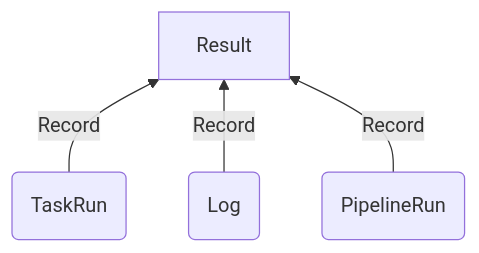
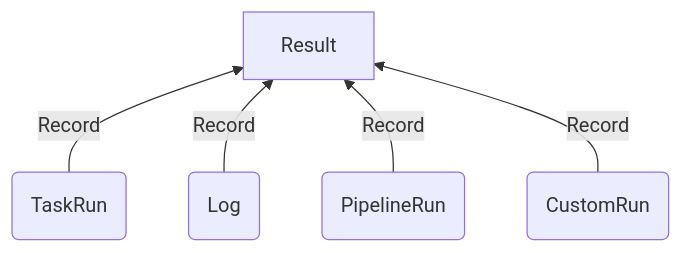
Before and after one commit to tektoncd/results: the second of 2 diagrams in README.md, drawn with Mermaid. The commit also changed other lines of this file and 22 other files, not shown here.

````diff
--- a/README.md
+++ b/README.md
@@ -84,6 +84,7 @@
 ```mermaid
 graph BT
   B(TaskRun) --> |Record| A[Result]
   C(Log) --> |Record| A
   D(PipelineRun) --> |Record| A
+  E(CustomRun) --> |Record| A
 ```
````
